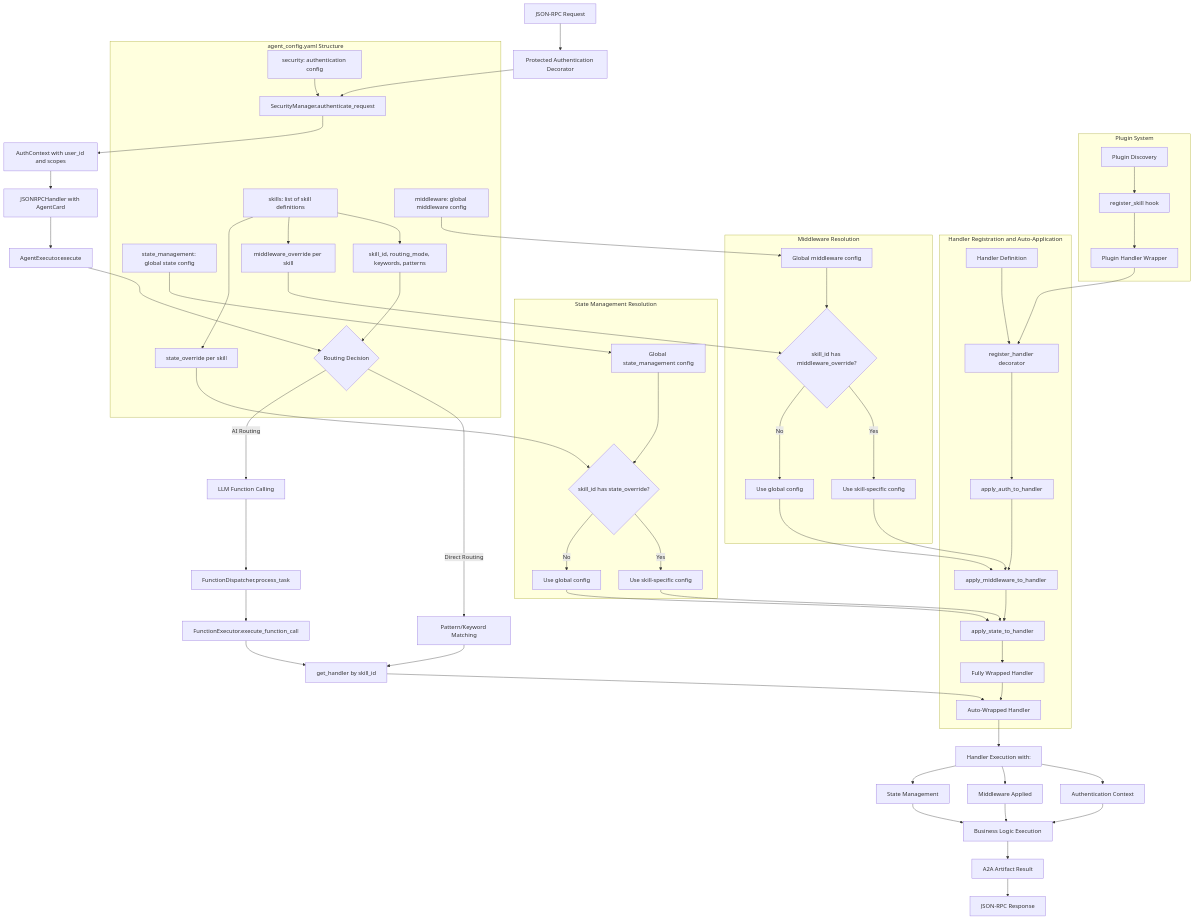
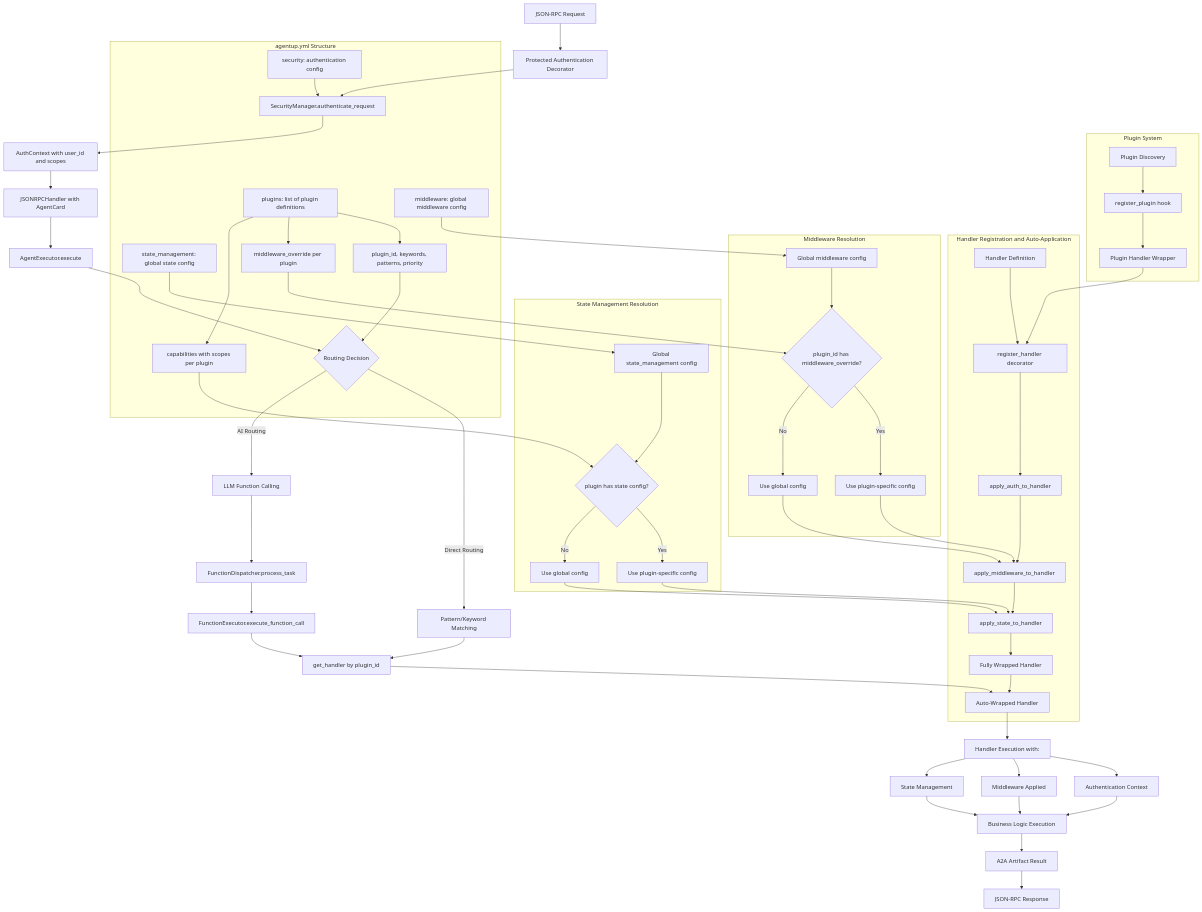
One commit to SequeI/AgentUp changed the diagram in docs/advanced/architecture.md. Above: the diagram before and after it, drawn with Mermaid. The commit also changed other lines of this file and 27 other files, not shown here.

````diff
--- a/docs/advanced/architecture.md
+++ b/docs/advanced/architecture.md
@@ -9,80 +9,80 @@
 ```mermaid
 graph TD
     A[JSON-RPC Request] --> B[Protected Authentication Decorator]
     B --> C[SecurityManager.authenticate_request]
     C --> D[AuthContext with user_id and scopes]
     D --> E[JSONRPCHandler with AgentCard]
     E --> F[AgentExecutor.execute]
     
     F --> G{Routing Decision}
     G -->|Direct Routing| H[Pattern/Keyword Matching]
     G -->|AI Routing| I[LLM Function Calling]
     
-    H --> J[get_handler by skill_id]
+    H --> J[get_handler by plugin_id]
     I --> K[FunctionDispatcher.process_task]
     K --> L[FunctionExecutor.execute_function_call]
     L --> J
     
     J --> M[Auto-Wrapped Handler]
     
     subgraph "Handler Registration and Auto-Application"
         N[Handler Definition] --> O[register_handler decorator]
         O --> P[apply_auth_to_handler]
         P --> Q[apply_middleware_to_handler]
         Q --> R[apply_state_to_handler]
         R --> S[Fully Wrapped Handler]
         S --> M
     end
     
     subgraph "Middleware Resolution"
-        T[Global middleware config] --> U{skill_id has middleware_override?}
-        U -->|Yes| V[Use skill-specific config]
+        T[Global middleware config] --> U{plugin_id has middleware_override?}
+        U -->|Yes| V[Use plugin-specific config]
         U -->|No| W[Use global config]
         V --> Q
         W --> Q
     end
     
     subgraph "State Management Resolution"
-        X[Global state_management config] --> Y{skill_id has state_override?}
-        Y -->|Yes| Z[Use skill-specific config]
+        X[Global state_management config] --> Y{plugin has state config?}
+        Y -->|Yes| Z[Use plugin-specific config]
         Y -->|No| AA[Use global config]
         Z --> R
         AA --> R
     end
     
     subgraph "Plugin System"
-        BB[Plugin Discovery] --> CC[register_skill hook]
+        BB[Plugin Discovery] --> CC[register_plugin hook]
         CC --> DD[Plugin Handler Wrapper]
         DD --> O
     end
     
     M --> EE[Handler Execution with:]
     EE --> FF[Authentication Context]
     EE --> GG[Middleware Applied]
     EE --> HH[State Management]
     
     FF --> II[Business Logic Execution]
     GG --> II
     HH --> II
     
     II --> JJ[A2A Artifact Result]
     JJ --> KK[JSON-RPC Response]
     
-    subgraph "agent_config.yaml Structure"
-        LL[skills: list of skill definitions]
+    subgraph "agentup.yml Structure"
+        LL[plugins: list of plugin definitions]
         MM[middleware: global middleware config]
         NN[state_management: global state config]
         OO[security: authentication config]
         
-        LL --> PP[skill_id, routing_mode, keywords, patterns]
-        LL --> QQ[middleware_override per skill]
-        LL --> RR[state_override per skill]
+        LL --> PP[plugin_id, keywords, patterns, priority]
+        LL --> QQ[middleware_override per plugin]
+        LL --> RR[capabilities with scopes per plugin]
         
         PP --> G
         QQ --> U
         RR --> Y
         MM --> T
         NN --> X
         OO --> C
     end
 ```
````
